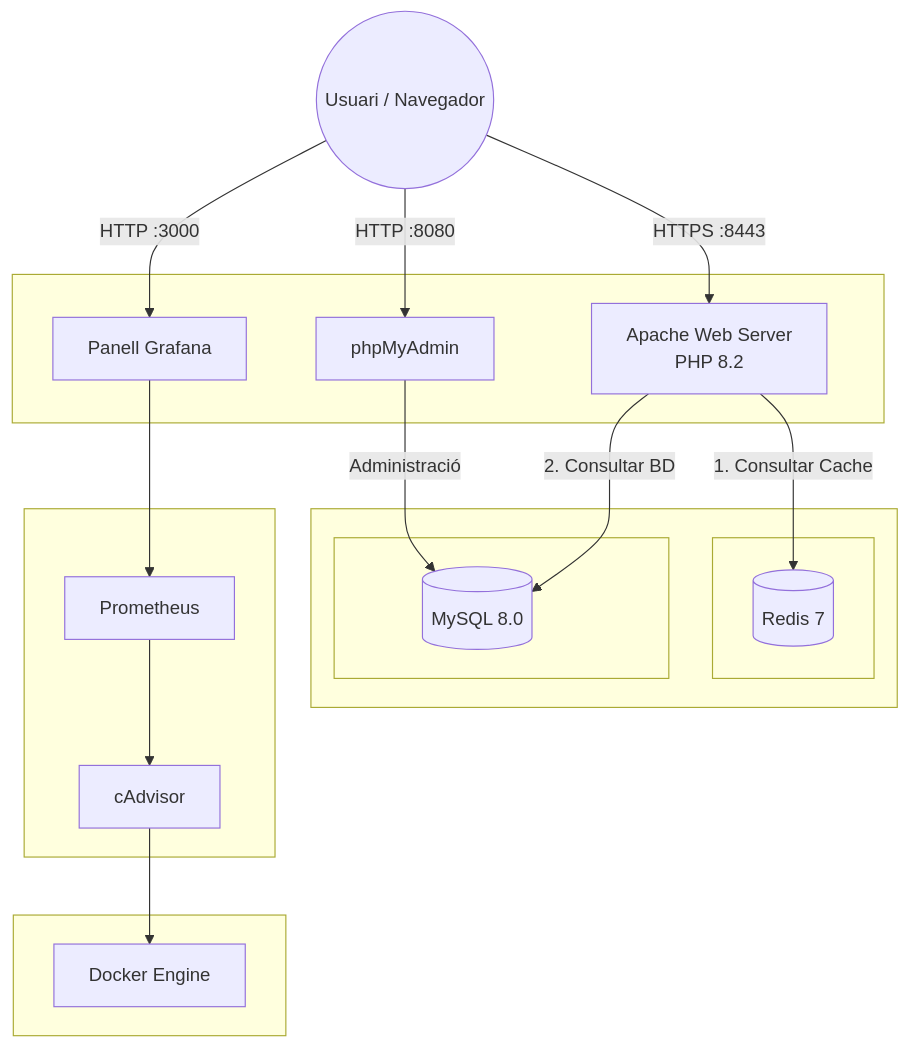
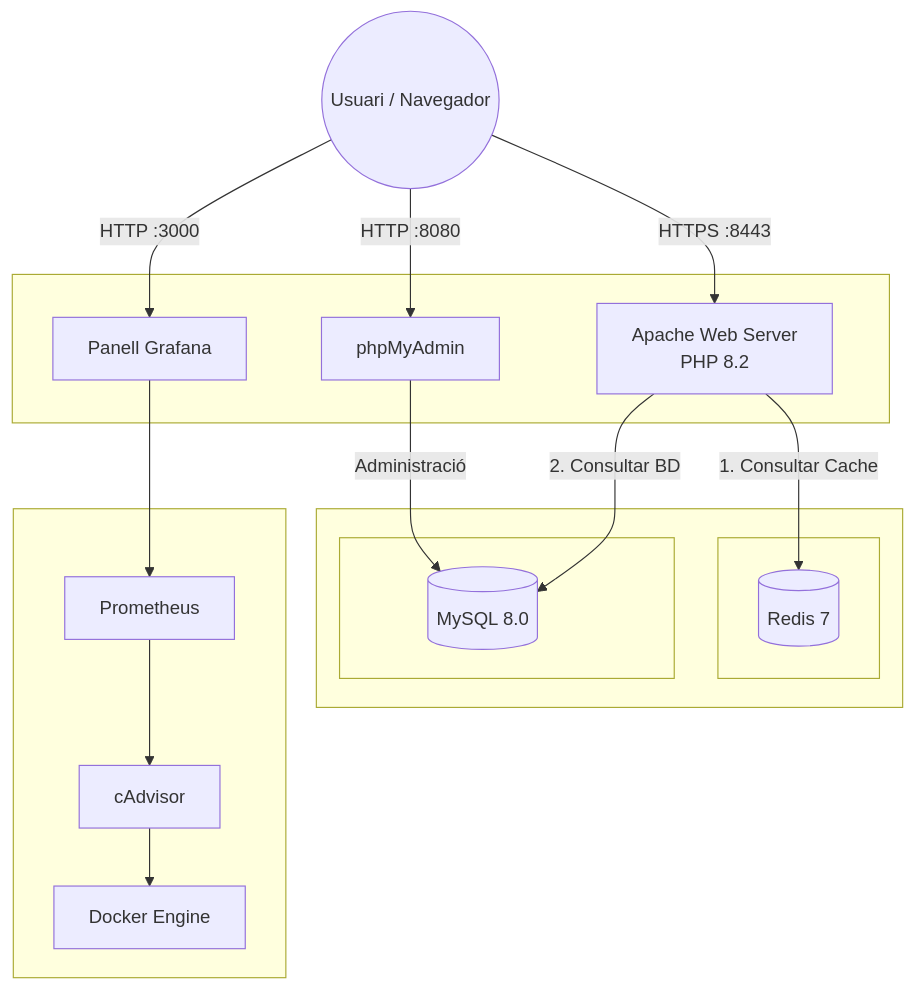
One commit to aybkh/Projecte-Serveis-Web changed the diagram in README.md. Above: the diagram before and after it, drawn with Mermaid.

Commit message:
Update Docker Engine position in README
Rearranged Docker Engine placement in the diagram.

````diff
--- a/README.md
+++ b/README.md
@@ -9,44 +9,41 @@
 ```mermaid
 graph TD
     User((Usuari / Navegador))
     
     subgraph " "
         Apache[Apache Web Server<br/>PHP 8.2]
         Grafana[Panell Grafana]
         PMA[phpMyAdmin]
     end
 
     subgraph " "
         subgraph " "
             Redis[(Redis 7)]
         end
         
         subgraph " "
             MySQL[(MySQL 8.0)]
         end
     end
 
     subgraph " "
-        DockerEngine[Docker Engine]
-    end
-
-    subgraph " "
         Prometheus[Prometheus]
         cAdvisor[cAdvisor]
+        DockerEngine[Docker Engine]
     end
 
     %% Connexions d'Accés
     User -->|HTTPS :8443| Apache
     User -->|HTTP :3000| Grafana
     User -->|HTTP :8080| PMA
 
     %% Flux de Dades
     Apache -->|1. Consultar Cache| Redis
     Apache -->|2. Consultar BD| MySQL
     PMA -->|Administració| MySQL
 
     %% Connexions de Monitorització
     cAdvisor -->| | DockerEngine[Docker Engine]
     Prometheus -->| | cAdvisor
     Grafana -->| | Prometheus
 ```
````
